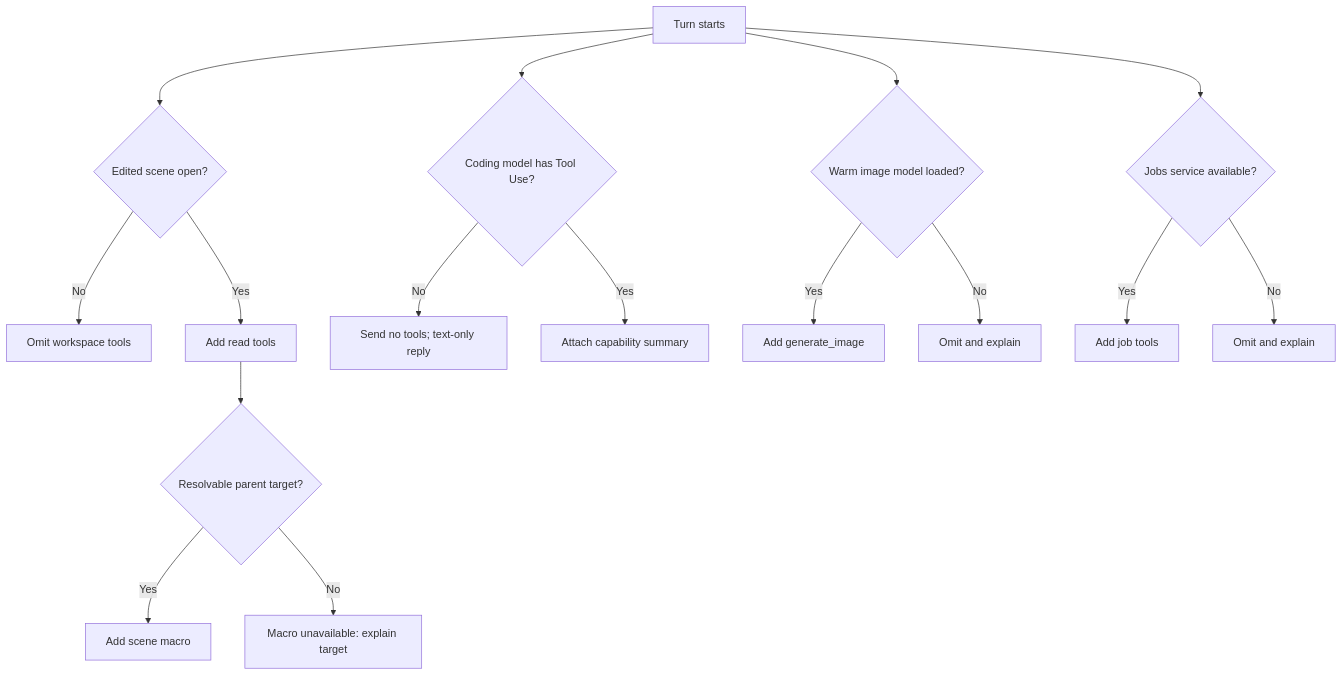
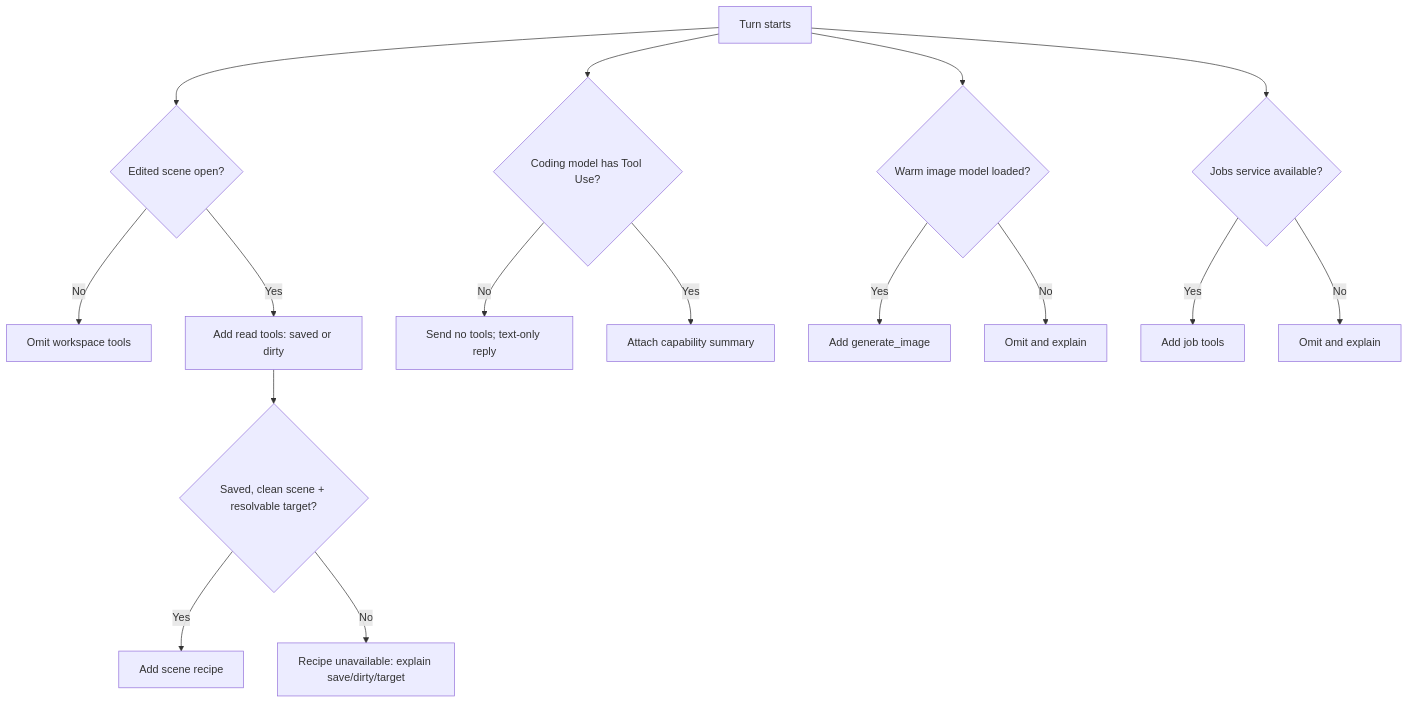
The third of 5 diagrams in plan/mockups/07-tool-orchestration-diagrams.md (longjoel/tiiny-godot), drawn with Mermaid before and after one commit. The commit also changed other lines of this file and 28 other files, not shown here.

````diff
--- a/plan/mockups/07-tool-orchestration-diagrams.md
+++ b/plan/mockups/07-tool-orchestration-diagrams.md
@@ -62,18 +62,18 @@
 ```mermaid
 flowchart TD
     A[Turn starts] --> B{Edited scene open?}
     B -- No --> C[Omit workspace tools]
-    B -- Yes --> D[Add read tools]
-    D --> E{Resolvable parent target?}
-    E -- Yes --> F[Add scene macro]
-    E -- No --> G[Macro unavailable: explain target]
+    B -- Yes --> D[Add read tools: saved or dirty]
+    D --> E{Saved, clean scene + resolvable target?}
+    E -- Yes --> F[Add scene recipe]
+    E -- No --> G[Recipe unavailable: explain save/dirty/target]
     A --> H{Coding model has Tool Use?}
     H -- No --> I[Send no tools; text-only reply]
     H -- Yes --> J[Attach capability summary]
     A --> K{Warm image model loaded?}
     K -- Yes --> L[Add generate_image]
     K -- No --> M[Omit and explain]
     A --> N{Jobs service available?}
     N -- Yes --> O[Add job tools]
     N -- No --> P[Omit and explain]
 ```
````
